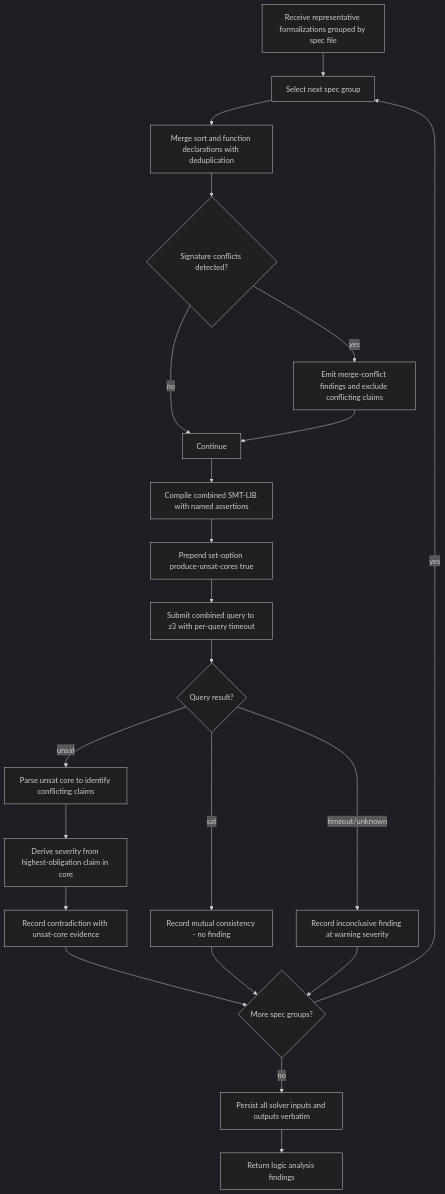
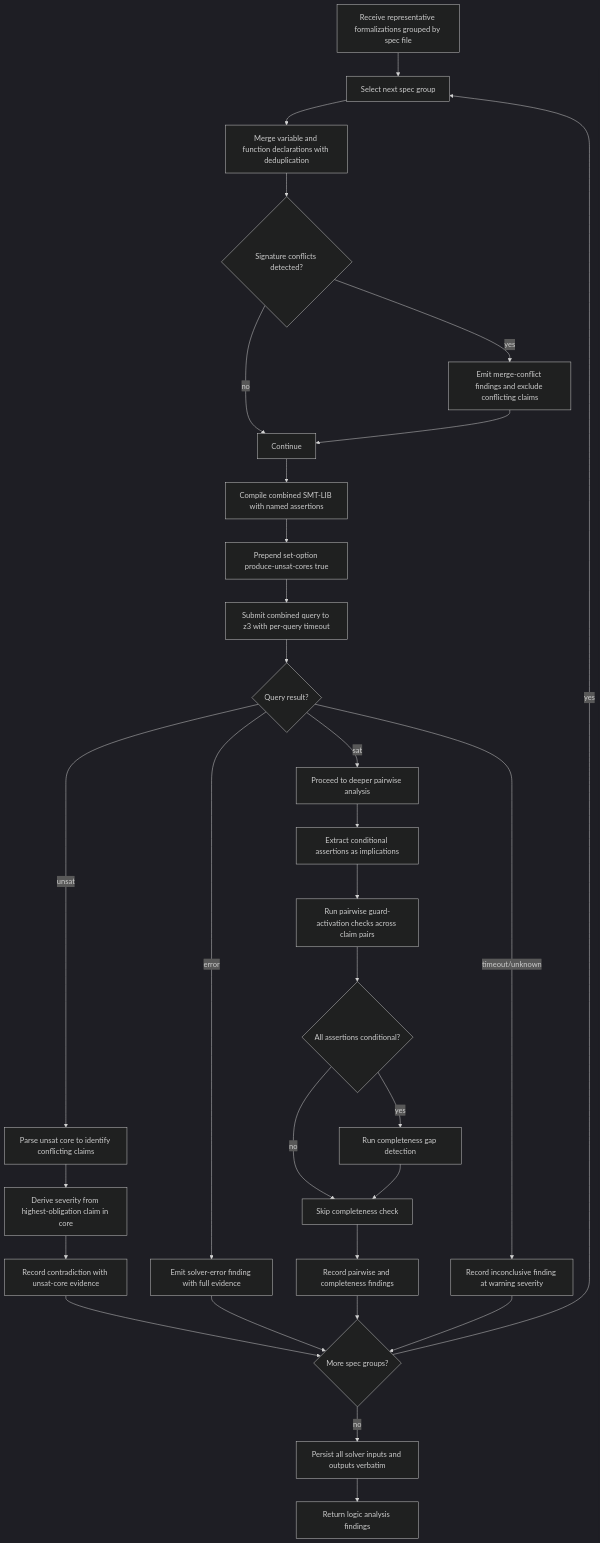
Before and after one commit to ohpauleez/spec-check: diagram 14 of 21 in openspec/changes/spec-check-core/design.md, drawn with Mermaid (dark theme). The commit also changed other lines of this file and 30 other files, not shown here.

````diff
--- a/openspec/changes/spec-check-core/design.md
+++ b/openspec/changes/spec-check-core/design.md
@@ -469,24 +512,33 @@
 ```mermaid
 flowchart TD
     A[Receive representative formalizations grouped by spec file] --> B[Select next spec group]
-    B --> C[Merge sort and function declarations with deduplication]
+    B --> C[Merge variable and function declarations with deduplication]
     C --> D{Signature conflicts detected?}
     D -- yes --> E[Emit merge-conflict findings and exclude conflicting claims]
     D -- no --> F[Continue]
     E --> F
     F --> G[Compile combined SMT-LIB with named assertions]
     G --> H[Prepend set-option produce-unsat-cores true]
     H --> I[Submit combined query to z3 with per-query timeout]
     I --> J{Query result?}
     J -- unsat --> K[Parse unsat core to identify conflicting claims]
     K --> L[Derive severity from highest-obligation claim in core]
     L --> M[Record contradiction with unsat-core evidence]
-    J -- sat --> N[Record mutual consistency - no finding]
+    J -- error --> N2[Emit solver-error finding with full evidence]
+    J -- sat --> N[Proceed to deeper pairwise analysis]
     J -- timeout/unknown --> O[Record inconclusive finding at warning severity]
+    N --> N3[Extract conditional assertions as implications]
+    N3 --> N4[Run pairwise guard-activation checks across claim pairs]
+    N4 --> N5{All assertions conditional?}
+    N5 -- yes --> N6[Run completeness gap detection]
+    N5 -- no --> N7[Skip completeness check]
+    N6 --> N7
+    N7 --> P2[Record pairwise and completeness findings]
     M --> P{More spec groups?}
-    N --> P
+    N2 --> P
+    P2 --> P
     O --> P
     P -- yes --> B
     P -- no --> Q[Persist all solver inputs and outputs verbatim]
     Q --> R[Return logic analysis findings]
 ```
````
